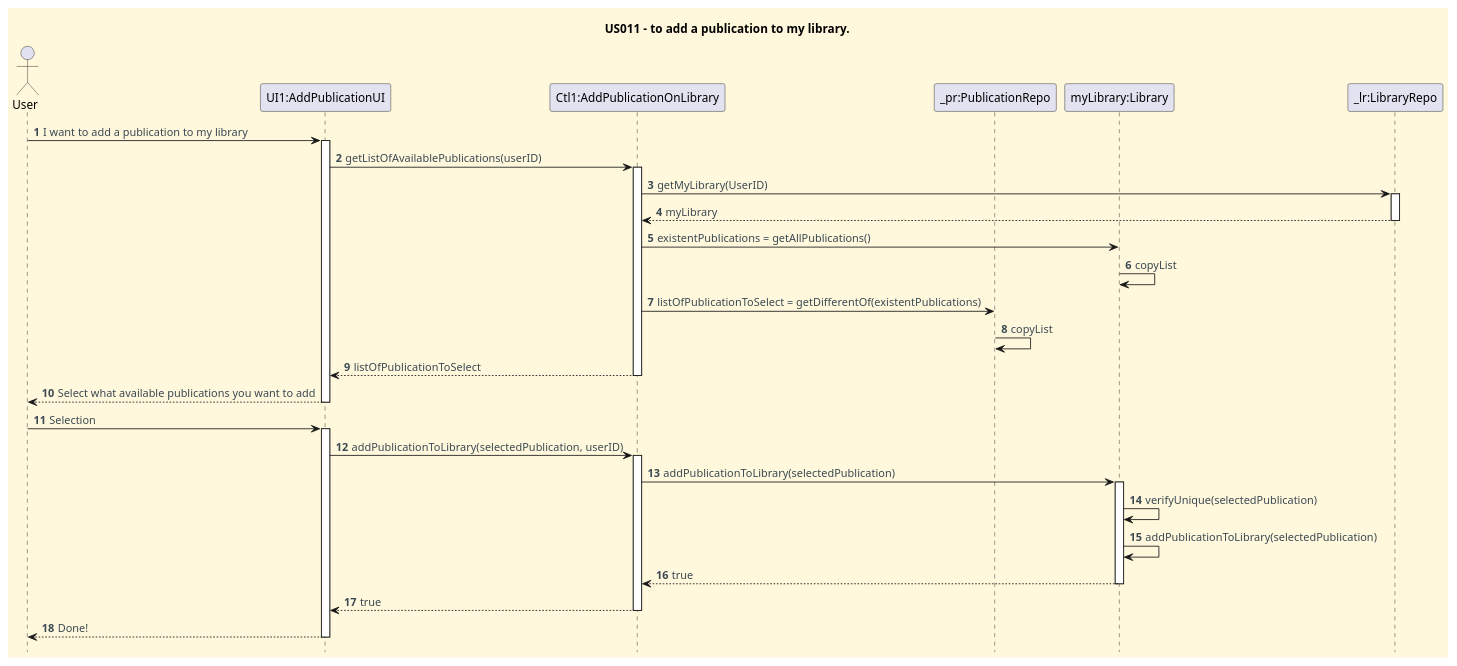
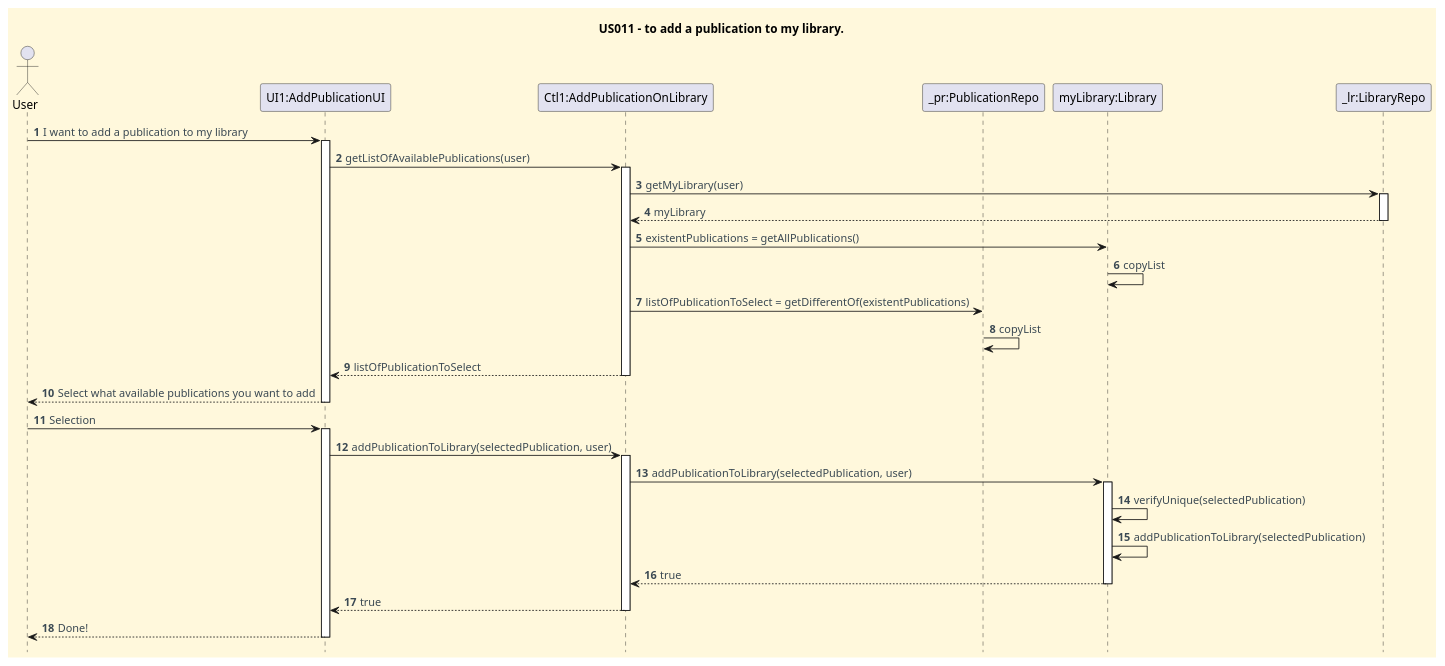
One commit to CarolinaLeite-collab/JavaMarketplacePlatform changed the diagram in docs/userStories/US011/US011_add_publication_to_my_library_SD.puml. Above: the diagram before and after it, drawn with PlantUML. The commit also changed 1 other file, not shown here.

```diff
--- a/docs/userStories/US011/US011_add_publication_to_my_library_SD.puml
+++ b/docs/userStories/US011/US011_add_publication_to_my_library_SD.puml
@@ -1,62 +1,62 @@
 @startuml
 'https://plantuml.com/sequence-diagram
 hide footbox
 title US011 - to add a publication to my library.
 
 '==== basic style ====
 skinparam monochrome false
 skinparam shadowing false
 skinparam defaultFontName Futura
 skinparam objectFontSize 20
 skinparam backgroundColor CornSilk
 skinparam objectBackgroundColor WhiteSmoke
 skinparam noteBackgroundColor #FFFFE0
 skinparam ArrowFontColor #3B4953
 skinparam ActivationBackgroundColor black
 
 autonumber
 autoactivate off
 
 
 actor User
 participant "UI1:AddPublicationUI"
 participant "Ctl1:AddPublicationOnLibrary"
 participant "_pr:PublicationRepo"
 participant "myLibrary:Library"
 participant "_lr:LibraryRepo"
 
 User -> "UI1:AddPublicationUI" : I want to add a publication to my library
 activate "UI1:AddPublicationUI"
-"UI1:AddPublicationUI" -> "Ctl1:AddPublicationOnLibrary" : getListOfAvailablePublications(userID)
+"UI1:AddPublicationUI" -> "Ctl1:AddPublicationOnLibrary" : getListOfAvailablePublications(user)
 activate "Ctl1:AddPublicationOnLibrary"
-"Ctl1:AddPublicationOnLibrary" -> "_lr:LibraryRepo" : getMyLibrary(UserID)
+"Ctl1:AddPublicationOnLibrary" -> "_lr:LibraryRepo" : getMyLibrary(user)
 activate "_lr:LibraryRepo"
 "_lr:LibraryRepo" --> "Ctl1:AddPublicationOnLibrary" : myLibrary
 deactivate "_lr:LibraryRepo"
 "Ctl1:AddPublicationOnLibrary" -> "myLibrary:Library" : existentPublications = getAllPublications()
 "myLibrary:Library" -> "myLibrary:Library" : copyList
 "Ctl1:AddPublicationOnLibrary" -> "_pr:PublicationRepo" : listOfPublicationToSelect = getDifferentOf(existentPublications)
 "_pr:PublicationRepo" -> "_pr:PublicationRepo" : copyList
 "Ctl1:AddPublicationOnLibrary" --> "UI1:AddPublicationUI" : listOfPublicationToSelect
 deactivate "Ctl1:AddPublicationOnLibrary"
 "UI1:AddPublicationUI" --> User : Select what available publications you want to add
 deactivate "UI1:AddPublicationUI"
 User -> "UI1:AddPublicationUI" : Selection
 activate "UI1:AddPublicationUI"
-"UI1:AddPublicationUI" -> "Ctl1:AddPublicationOnLibrary" : addPublicationToLibrary(selectedPublication, userID)
+"UI1:AddPublicationUI" -> "Ctl1:AddPublicationOnLibrary" : addPublicationToLibrary(selectedPublication, user)
 activate "Ctl1:AddPublicationOnLibrary"
-"Ctl1:AddPublicationOnLibrary" -> "myLibrary:Library" : addPublicationToLibrary(selectedPublication)
+"Ctl1:AddPublicationOnLibrary" -> "myLibrary:Library" : addPublicationToLibrary(selectedPublication, user)
 activate "myLibrary:Library"
 "myLibrary:Library" -> "myLibrary:Library" : verifyUnique(selectedPublication)
 "myLibrary:Library" -> "myLibrary:Library" : addPublicationToLibrary(selectedPublication)
 "myLibrary:Library" --> "Ctl1:AddPublicationOnLibrary" : true
 deactivate "myLibrary:Library"
 "Ctl1:AddPublicationOnLibrary" --> "UI1:AddPublicationUI" : true
 deactivate "Ctl1:AddPublicationOnLibrary"
 "UI1:AddPublicationUI" --> User : Done!
 deactivate "UI1:AddPublicationUI"
 
 
 
 
 @enduml
```
